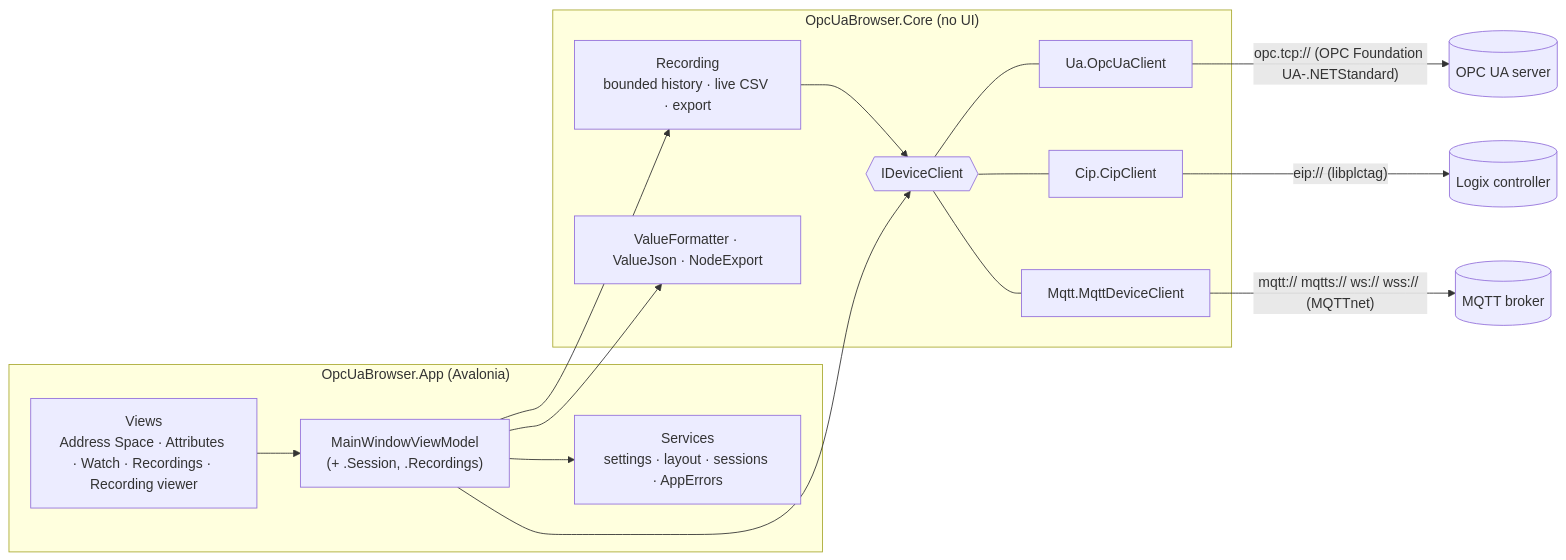
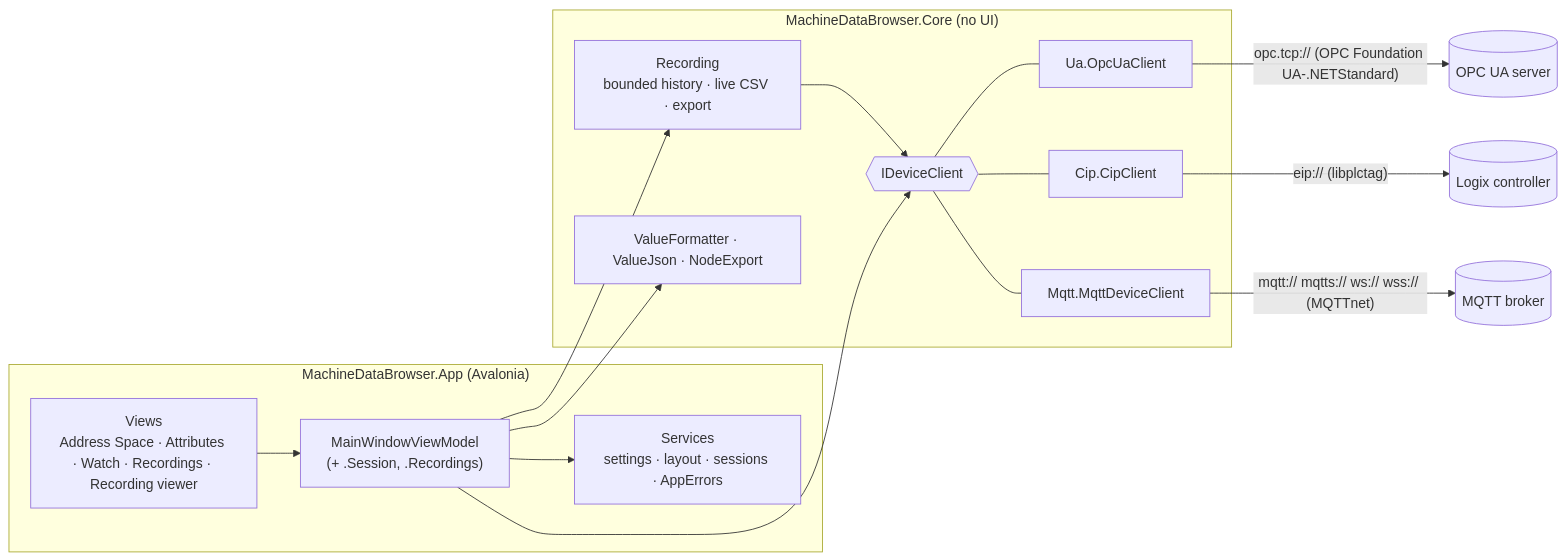
The first of 5 diagrams in docs/architecture.md (ZaoralJ/MachineDataBrowser), drawn with Mermaid before and after one commit. The commit also changed other lines of this file and 382 other files, not shown here.

````diff
--- a/docs/architecture.md
+++ b/docs/architecture.md
@@ -14,31 +14,31 @@
 ```mermaid
 flowchart LR
-    subgraph App["OpcUaBrowser.App (Avalonia)"]
+    subgraph App["MachineDataBrowser.App (Avalonia)"]
         Views["Views<br/>Address Space · Attributes · Watch · Recordings · Recording viewer"]
         VM["MainWindowViewModel<br/>(+ .Session, .Recordings)"]
         Services["Services<br/>settings · layout · sessions · AppErrors"]
         Views --> VM
         VM --> Services
     end
 
-    subgraph Core["OpcUaBrowser.Core (no UI)"]
+    subgraph Core["MachineDataBrowser.Core (no UI)"]
         IDC{{"IDeviceClient"}}
         Rec["Recording<br/>bounded history · live CSV · export"]
         Fmt["ValueFormatter · ValueJson · NodeExport"]
         Ua["Ua.OpcUaClient"]
         Cip["Cip.CipClient"]
         Mqtt["Mqtt.MqttDeviceClient"]
         IDC --- Ua
         IDC --- Cip
         IDC --- Mqtt
         Rec --> IDC
     end
 
     VM --> IDC
     VM --> Rec
     VM --> Fmt
 
     Ua -- "opc.tcp:// (OPC Foundation UA-.NETStandard)" --> S1[(OPC UA server)]
     Cip -- "eip:// (libplctag)" --> S2[(Logix controller)]
     Mqtt -- "mqtt:// mqtts:// ws:// wss:// (MQTTnet)" --> S3[(MQTT broker)]
 ```
````
